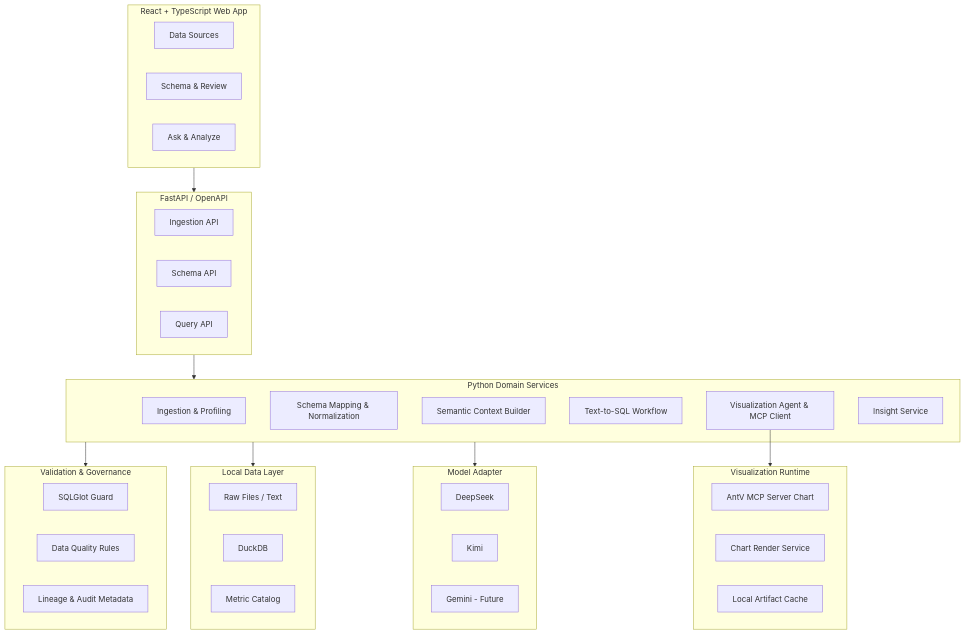
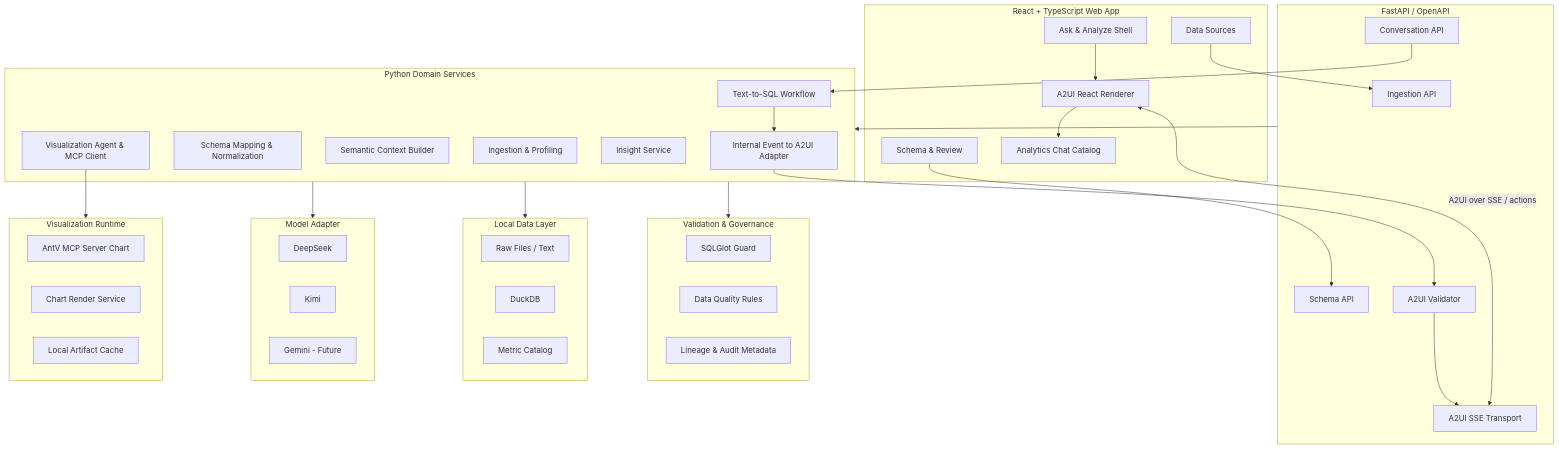
One commit to Ivan97/lab-insight-workspace changed the third of 3 diagrams in docs/Mini Hackathon.md. Above: the diagram before and after it, drawn with Mermaid. The commit also changed other lines of this file, not shown here.

````diff
--- a/docs/Mini Hackathon.md
+++ b/docs/Mini Hackathon.md
@@ -618,54 +753,67 @@
 ```mermaid
 flowchart TB
     subgraph UI[React + TypeScript Web App]
         U1[Data Sources]
         U2[Schema & Review]
-        U3[Ask & Analyze]
+        U3[Ask & Analyze Shell]
+        U4[A2UI React Renderer]
+        U5[Analytics Chat Catalog]
     end
 
     subgraph API[FastAPI / OpenAPI]
         P1[Ingestion API]
         P2[Schema API]
-        P3[Query API]
+        P3[Conversation API]
+        P4[A2UI SSE Transport]
+        P5[A2UI Validator]
     end
 
     subgraph APP[Python Domain Services]
         A1[Ingestion & Profiling]
         A2[Schema Mapping & Normalization]
         A3[Semantic Context Builder]
         A4[Text-to-SQL Workflow]
         A5[Visualization Agent & MCP Client]
         A6[Insight Service]
+        A7[Internal Event to A2UI Adapter]
     end
 
     subgraph SAFETY[Validation & Governance]
         S1[SQLGlot Guard]
         S2[Data Quality Rules]
         S3[Lineage & Audit Metadata]
     end
 
     subgraph DATA[Local Data Layer]
         D1[Raw Files / Text]
         D2[DuckDB]
         D3[Metric Catalog]
     end
 
     subgraph MODEL[Model Adapter]
         M1[DeepSeek]
         M2[Kimi]
         M3[Gemini - Future]
     end
 
     subgraph VIS[Visualization Runtime]
         V1[AntV MCP Server Chart]
         V2[Chart Render Service]
         V3[Local Artifact Cache]
     end
 
-    UI --> API
+    U3 --> U4
+    U4 --> U5
+    U4 <-->|A2UI over SSE / actions| P4
+    U1 --> P1
+    U2 --> P2
+    P3 --> A4
+    A4 --> A7
+    A7 --> P5
+    P5 --> P4
     API --> APP
     APP --> SAFETY
     APP --> DATA
     APP --> MODEL
     A5 --> VIS
 ```
````
